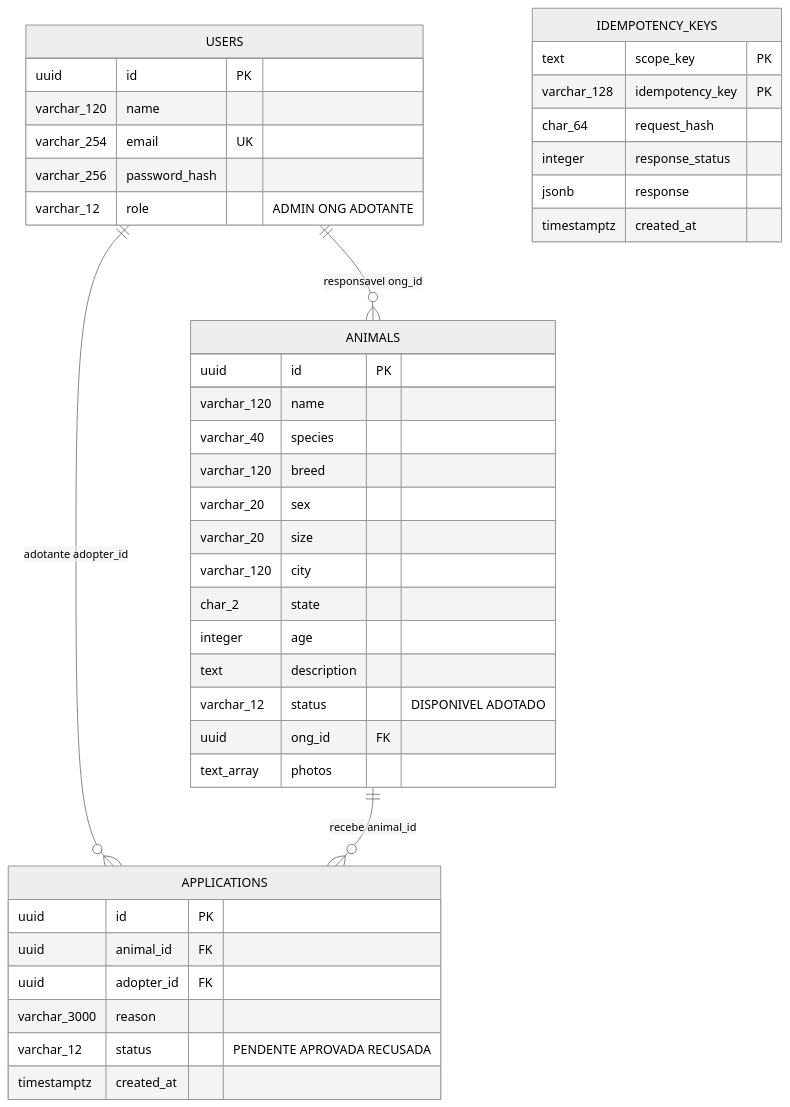
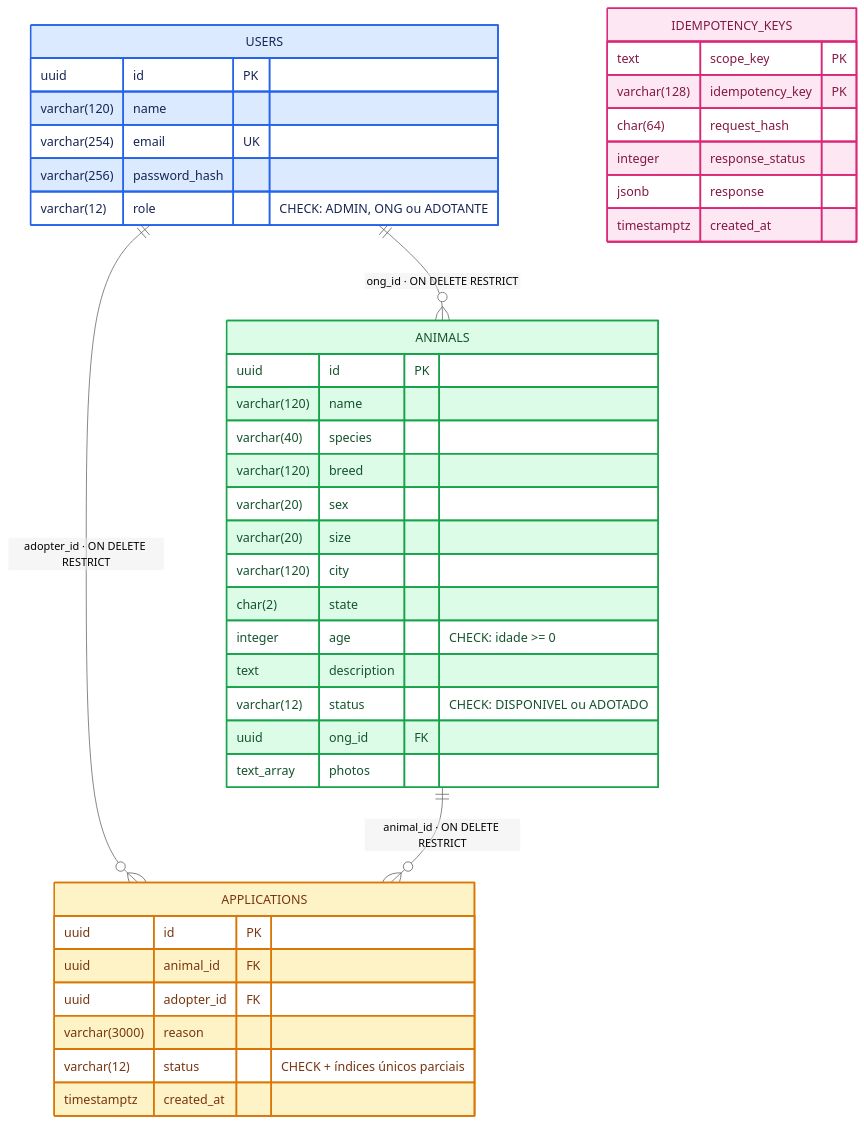
The diagram in docs/arquitetura/diagramas/04-modelo-relacional.mmd (KerollayneAkemy/API--ADOTAPET), drawn with Mermaid (neutral theme) before and after one commit. The commit also changed 5 other files, not shown here.

Commit message:
docs: style diagrams with proper C4 notation

```diff
--- a/docs/arquitetura/diagramas/04-modelo-relacional.mmd
+++ b/docs/arquitetura/diagramas/04-modelo-relacional.mmd
@@ -1,50 +1,55 @@
 erDiagram
-  USERS ||--o{ ANIMALS : "responsavel ong_id"
-  USERS ||--o{ APPLICATIONS : "adotante adopter_id"
-  ANIMALS ||--o{ APPLICATIONS : "recebe animal_id"
+  USERS ||--o{ ANIMALS : "ong_id · ON DELETE RESTRICT"
+  USERS ||--o{ APPLICATIONS : "adopter_id · ON DELETE RESTRICT"
+  ANIMALS ||--o{ APPLICATIONS : "animal_id · ON DELETE RESTRICT"
 
   USERS {
     uuid id PK
-    varchar_120 name
-    varchar_254 email UK
-    varchar_256 password_hash
-    varchar_12 role "ADMIN ONG ADOTANTE"
+    varchar(120) name
+    varchar(254) email UK
+    varchar(256) password_hash
+    varchar(12) role "CHECK: ADMIN, ONG ou ADOTANTE"
   }
 
   ANIMALS {
     uuid id PK
-    varchar_120 name
-    varchar_40 species
-    varchar_120 breed
-    varchar_20 sex
-    varchar_20 size
-    varchar_120 city
-    char_2 state
-    integer age
+    varchar(120) name
+    varchar(40) species
+    varchar(120) breed
+    varchar(20) sex
+    varchar(20) size
+    varchar(120) city
+    char(2) state
+    integer age "CHECK: idade >= 0"
     text description
-    varchar_12 status "DISPONIVEL ADOTADO"
+    varchar(12) status "CHECK: DISPONIVEL ou ADOTADO"
     uuid ong_id FK
     text_array photos
   }
 
   APPLICATIONS {
     uuid id PK
     uuid animal_id FK
     uuid adopter_id FK
-    varchar_3000 reason
-    varchar_12 status "PENDENTE APROVADA RECUSADA"
+    varchar(3000) reason
+    varchar(12) status "CHECK + índices únicos parciais"
     timestamptz created_at
   }
 
   IDEMPOTENCY_KEYS {
     text scope_key PK
-    varchar_128 idempotency_key PK
-    char_64 request_hash
+    varchar(128) idempotency_key PK
+    char(64) request_hash
     integer response_status
     jsonb response
     timestamptz created_at
   }
 
   %% Chave primária composta: (scope_key, idempotency_key). A tabela não possui FK de usuário.
   %% Índices parciais impedem mais de um pedido pendente por adotante/animal e mais de uma aprovação por animal.
   %% CHECKs restringem papéis, status e idade; schema_migrations registra as migrações aplicadas.
+
+  style USERS fill:#DBEAFE,stroke:#2563EB,stroke-width:2px,color:#172554
+  style ANIMALS fill:#DCFCE7,stroke:#16A34A,stroke-width:2px,color:#14532D
+  style APPLICATIONS fill:#FEF3C7,stroke:#D97706,stroke-width:2px,color:#78350F
+  style IDEMPOTENCY_KEYS fill:#FCE7F3,stroke:#DB2777,stroke-width:2px,color:#831843
```
